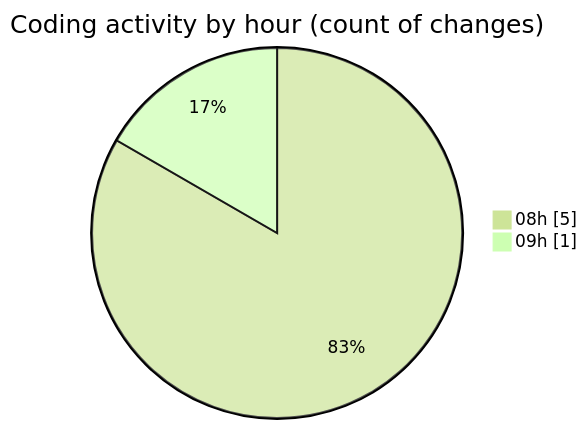
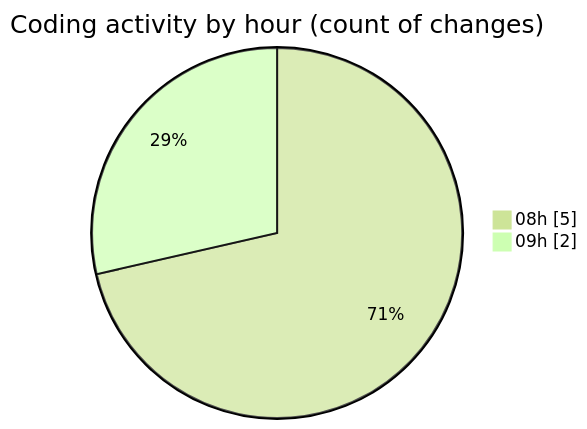
One commit to EIIisD/code-tracking changed the second of 2 diagrams in 2025-08-12/fish/README.md. Above: the diagram before and after it, drawn with Mermaid (forest theme). The commit also changed other lines of this file and 1 other file, not shown here.

````diff
--- a/2025-08-12/fish/README.md
+++ b/2025-08-12/fish/README.md
@@ -28,6 +28,6 @@
 ```mermaid
 pie showData
 title Coding activity by hour (count of changes)
 "08h" : 5
-"09h" : 1
+"09h" : 2
 ```
````
